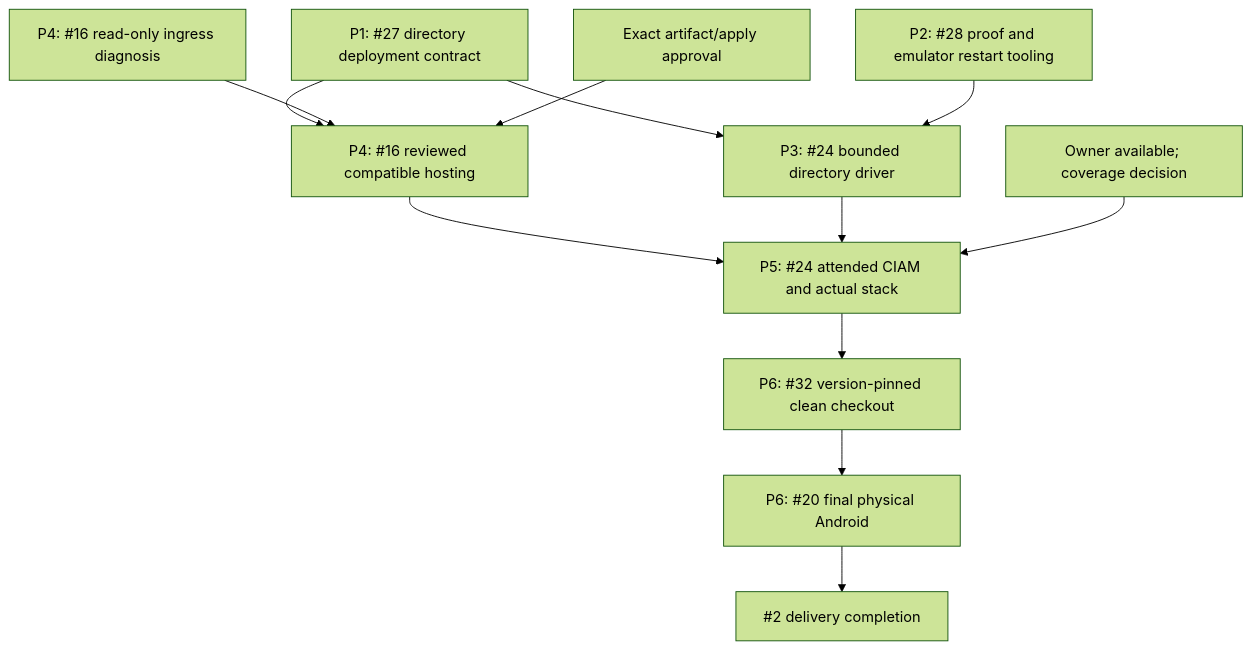
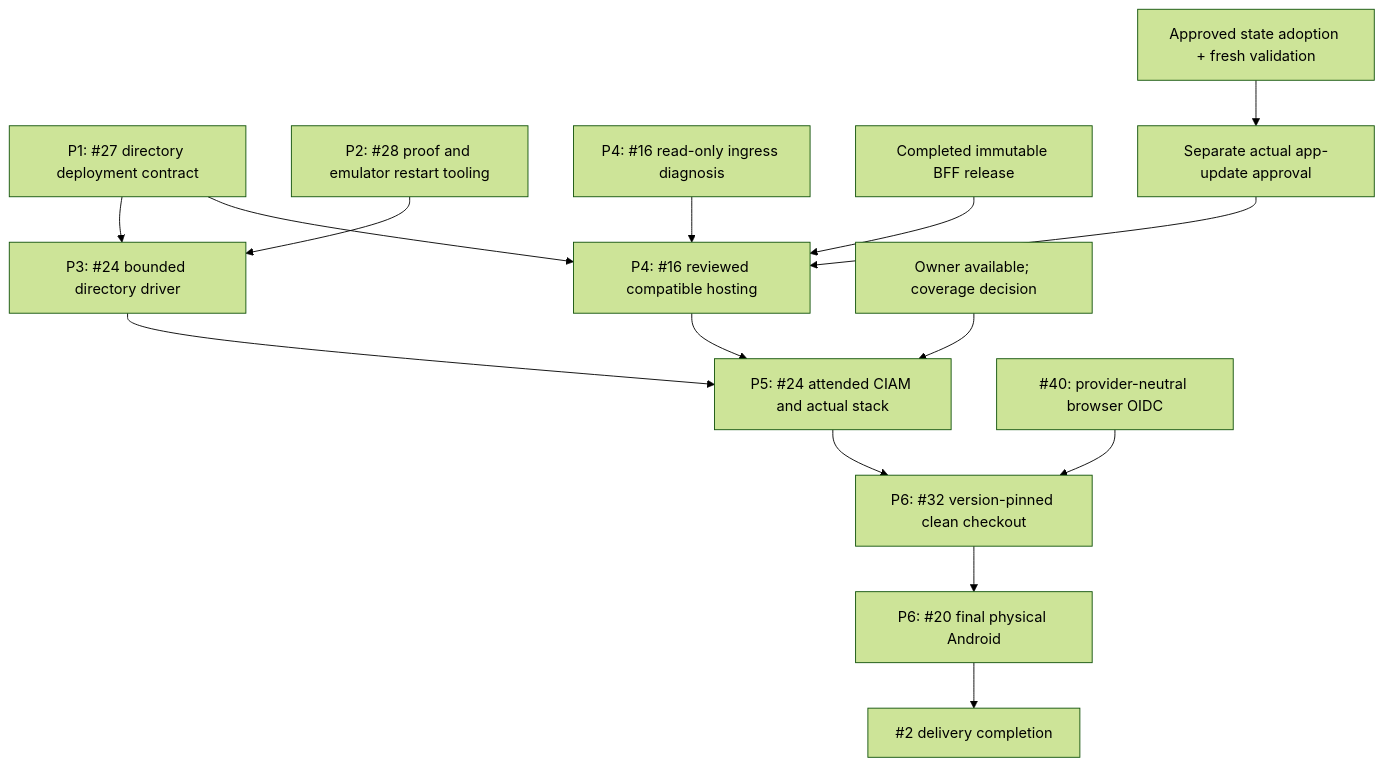
The diagram in .azure/deployment-plan.md (anaregdesign/cosmos-sync), drawn with Mermaid (forest theme) before and after one commit. The commit also changed other lines of this file and 21 other files, not shown here.

First line of the commit message:
docs: reconcile delivery status and provider-neutral OIDC

````diff
--- a/.azure/deployment-plan.md
+++ b/.azure/deployment-plan.md
@@ -328,14 +352,17 @@
 ```mermaid
 flowchart TD
     P1["P1: #27 directory deployment contract"] --> P3["P3: #24 bounded directory driver"]
     P2["P2: #28 proof and emulator restart tooling"] --> P3
     P1 --> Host["P4: #16 reviewed compatible hosting"]
     Diag["P4: #16 read-only ingress diagnosis"] --> Host
-    Approval["Exact artifact/apply approval"] --> Host
+    Artifact["Completed immutable BFF release"] --> Host
+    State["Approved state adoption + fresh validation"] --> Apply["Separate actual app-update approval"]
+    Apply --> Host
     Host --> Live["P5: #24 attended CIAM and actual stack"]
     P3 --> Live
     Owner["Owner available; coverage decision"] --> Live
     Live --> Clean["P6: #32 version-pinned clean checkout"]
+    Browser["#40: provider-neutral browser OIDC"] --> Clean
     Clean --> Android["P6: #20 final physical Android"]
     Android --> Epic["#2 delivery completion"]
 ```
````
